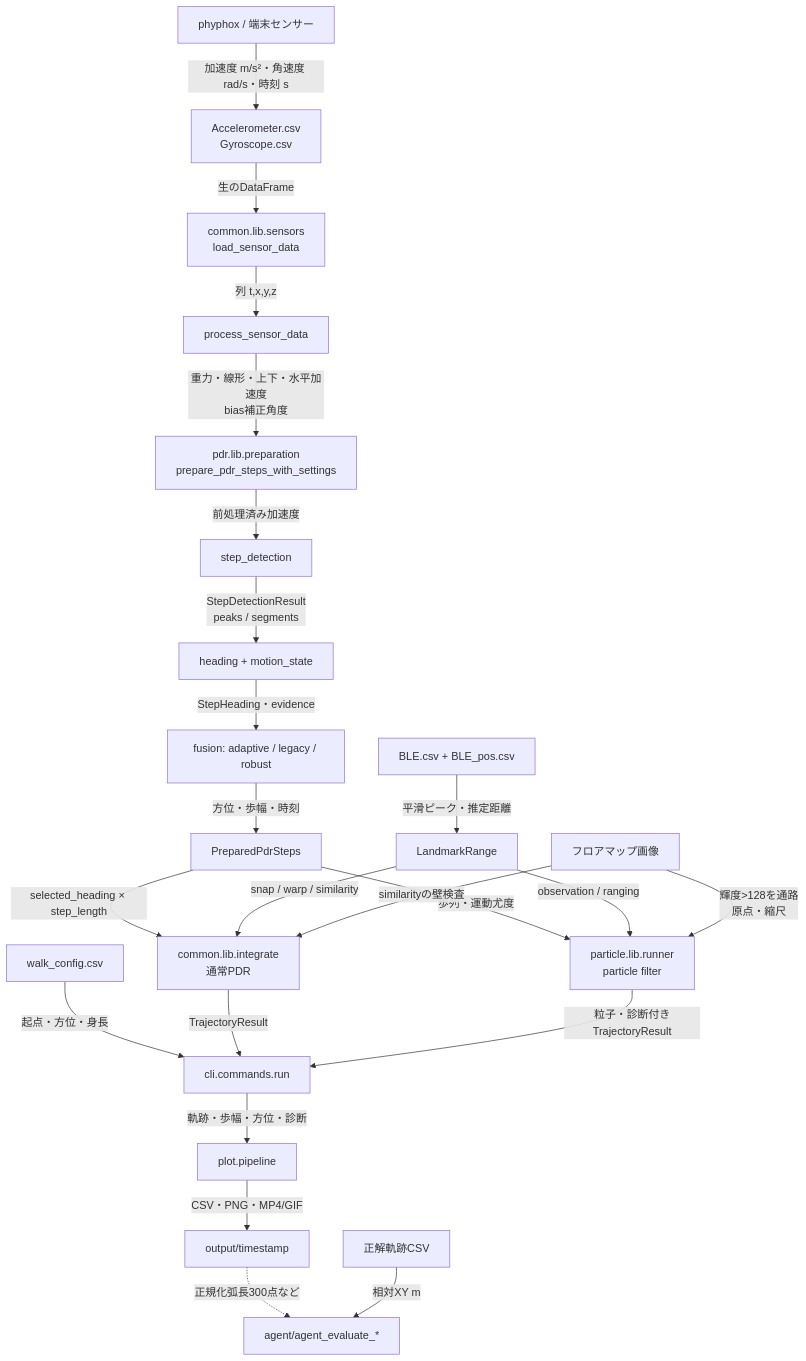
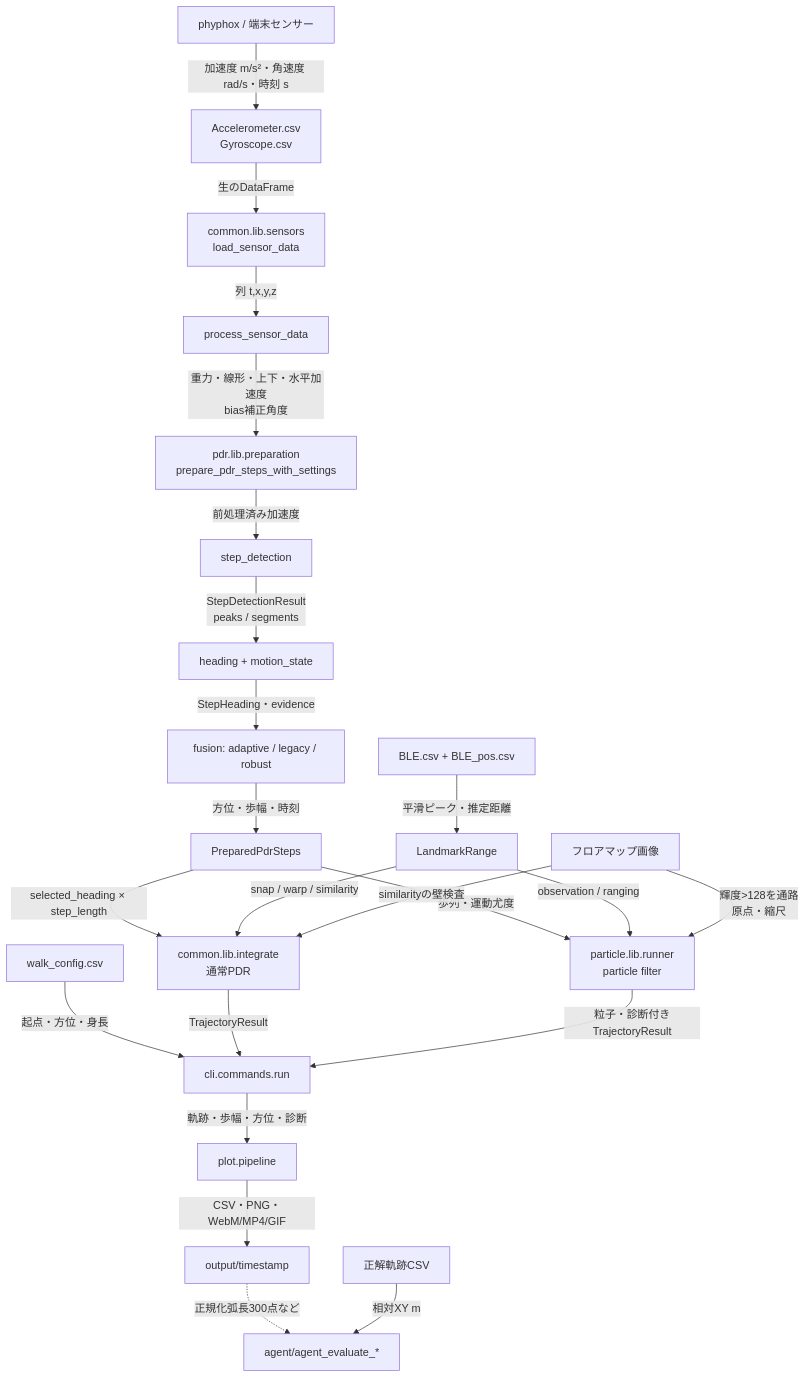
The first of 2 diagrams in docs/code-reading/01_system-flow.md (kajiLabTeam/rikka), drawn with Mermaid before and after one commit. The commit also changed 6 other files, not shown here.

````diff
--- a/docs/code-reading/01_system-flow.md
+++ b/docs/code-reading/01_system-flow.md
@@ -5,25 +5,25 @@
 ```mermaid
 flowchart TD
     Sensor[phyphox / 端末センサー] -->|加速度 m/s²・角速度 rad/s・時刻 s| CSV[Accelerometer.csv<br/>Gyroscope.csv]
     CSV -->|生のDataFrame| Load[common.lib.sensors<br/>load_sensor_data]
     Load -->|列 t,x,y,z| Process[process_sensor_data]
     Process -->|重力・線形・上下・水平加速度<br/>bias補正角度| Prepare[pdr.lib.preparation<br/>prepare_pdr_steps_with_settings]
     Prepare -->|前処理済み加速度| Detect[step_detection]
     Detect -->|StepDetectionResult<br/>peaks / segments| Heading[heading + motion_state]
     Heading -->|StepHeading・evidence| Fusion[fusion: adaptive / legacy / robust]
     Fusion -->|方位・歩幅・時刻| Shared[PreparedPdrSteps]
     Shared -->|selected_heading × step_length| PDR[common.lib.integrate<br/>通常PDR]
     Shared -->|歩列・運動尤度| PF[particle.lib.runner<br/>particle filter]
     BLE[BLE.csv + BLE_pos.csv] -->|平滑ピーク・推定距離| Range[LandmarkRange]
     Range -->|snap / warp / similarity| PDR
     Range -->|observation / ranging| PF
     Walk[walk_config.csv] -->|起点・方位・身長| CLI
     Map[フロアマップ画像] -->|輝度>128を通路<br/>原点・縮尺| PF
     Map -->|similarityの壁検査| PDR
     PDR -->|TrajectoryResult| CLI[cli.commands.run]
     PF -->|粒子・診断付きTrajectoryResult| CLI
     CLI -->|軌跡・歩幅・方位・診断| Output[plot.pipeline]
-    Output -->|CSV・PNG・MP4/GIF| Files[output/timestamp]
+    Output -->|CSV・PNG・WebM/MP4/GIF| Files[output/timestamp]
     Files -.->|正規化弧長300点など| Eval[agent/agent_evaluate_*]
     Truth[正解軌跡CSV] -->|相対XY m| Eval
 ```
````
